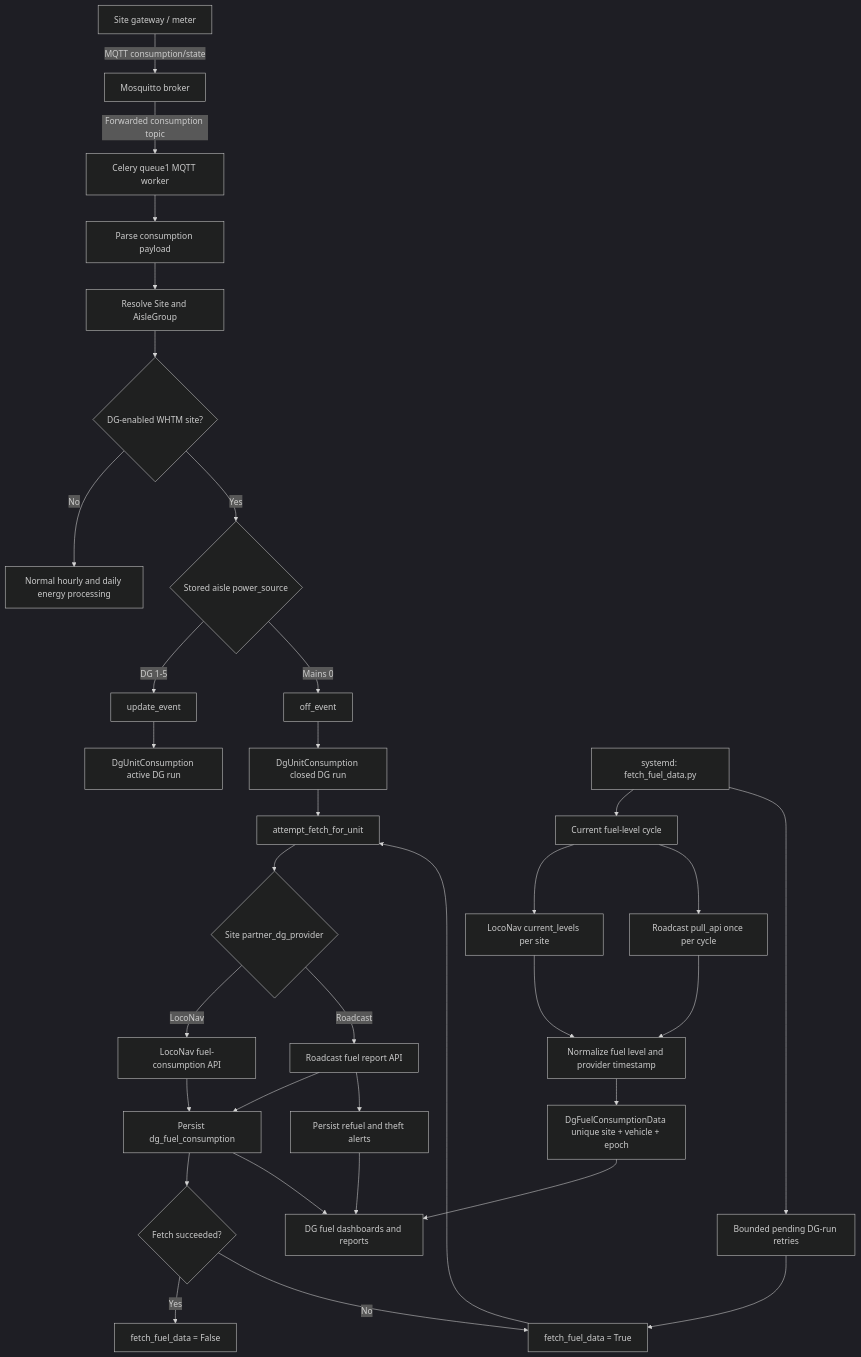
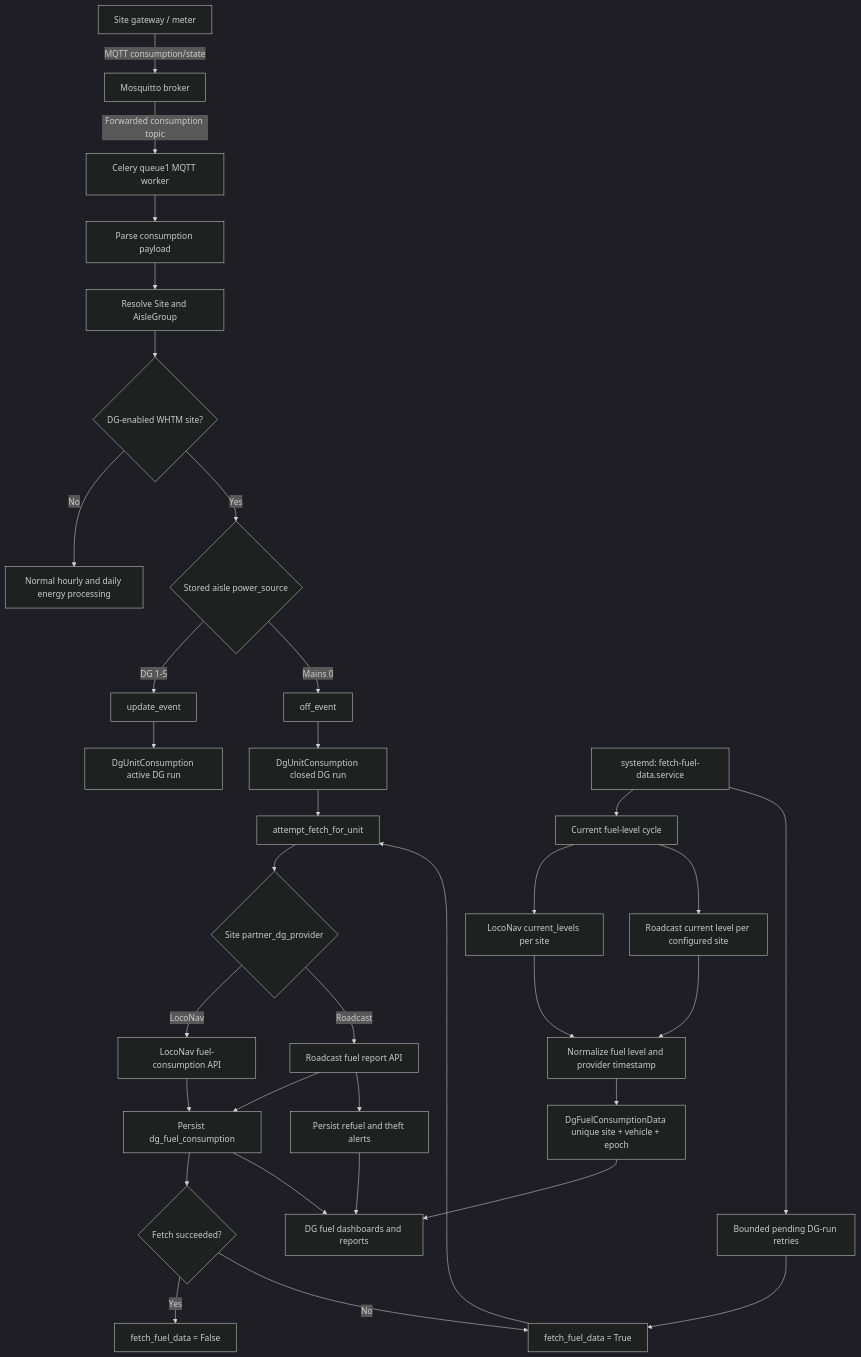
The first of 2 diagrams in DG_FUEL_ARCHITECTURE.md (ashutoshdubey-aviconn/AVC-backend), drawn with Mermaid (dark theme) before and after one commit. The commit also changed other lines of this file and 16 other files, not shown here.

````diff
--- a/DG_FUEL_ARCHITECTURE.md
+++ b/DG_FUEL_ARCHITECTURE.md
@@ -12,46 +12,46 @@
 ```mermaid
 flowchart TD
     Gateway[Site gateway / meter] -->|MQTT consumption/state| Broker[Mosquitto broker]
     Broker -->|Forwarded consumption topic| Worker[Celery queue1 MQTT worker]
 
     Worker --> Parse[Parse consumption payload]
     Parse --> Resolve[Resolve Site and AisleGroup]
     Resolve --> Eligible{DG-enabled WHTM site?}
 
     Eligible -->|No| Energy[Normal hourly and daily energy processing]
     Eligible -->|Yes| Source{Stored aisle power_source}
 
     Source -->|DG 1-5| Update[update_event]
     Source -->|Mains 0| Close[off_event]
 
     Update --> Active[DgUnitConsumption active DG run]
     Close --> Closed[DgUnitConsumption closed DG run]
 
     Closed --> Fetch[attempt_fetch_for_unit]
     Fetch --> Provider{Site partner_dg_provider}
     Provider -->|LocoNav| LocoNavReport[LocoNav fuel-consumption API]
     Provider -->|Roadcast| RoadcastReport[Roadcast fuel report API]
 
     LocoNavReport --> PersistRun[Persist dg_fuel_consumption]
     RoadcastReport --> PersistRun
     RoadcastReport --> PersistEvents[Persist refuel and theft alerts]
 
     PersistRun --> Outcome{Fetch succeeded?}
     Outcome -->|Yes| Done[fetch_fuel_data = False]
     Outcome -->|No| Pending[fetch_fuel_data = True]
 
-    Poller[systemd: fetch_fuel_data.py] --> Levels[Current fuel-level cycle]
-    Levels --> LocoNavLevels[LocoNav current_levels per site]
-    Levels --> RoadcastLevels[Roadcast pull_api once per cycle]
+   Poller[systemd: fetch-fuel-data.service] --> Levels[Current fuel-level cycle]
+   Levels --> LocoNavLevels[LocoNav current_levels per site]
+   Levels --> RoadcastLevels[Roadcast current level per configured site]
     LocoNavLevels --> Normalize[Normalize fuel level and provider timestamp]
     RoadcastLevels --> Normalize
     Normalize --> FuelRows[DgFuelConsumptionData unique site + vehicle + epoch]
 
     Poller --> Retry[Bounded pending DG-run retries]
     Retry --> Pending
     Pending --> Fetch
 
     FuelRows --> Dashboard[DG fuel dashboards and reports]
     PersistRun --> Dashboard
     PersistEvents --> Dashboard
 ```
````
